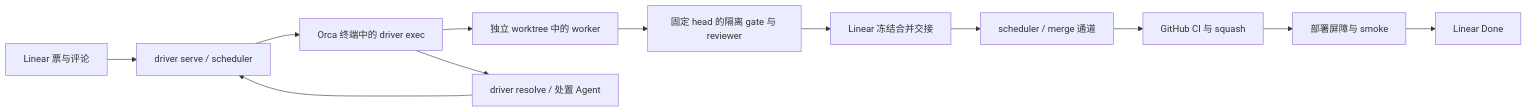
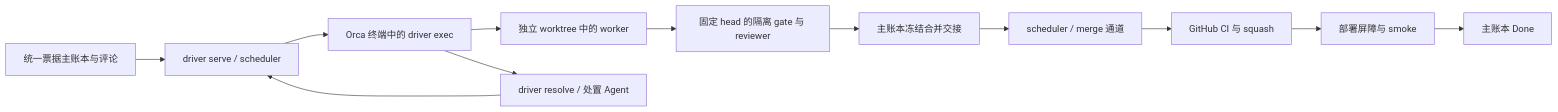
One commit to vmxmy/orca-factory changed the diagram in CLAUDE.md. Above: the diagram before and after it, drawn with Mermaid. The commit also changed other lines of this file and 92 other files, not shown here.

````diff
--- a/CLAUDE.md
+++ b/CLAUDE.md
@@ -37,14 +37,14 @@
 ```mermaid
 flowchart LR
-    L[Linear 票与评论] --> S[driver serve / scheduler]
+    L[统一票据主账本与评论] --> S[driver serve / scheduler]
     S --> E[Orca 终端中的 driver exec]
     E --> W[独立 worktree 中的 worker]
     W --> G[固定 head 的隔离 gate 与 reviewer]
-    G --> H[Linear 冻结合并交接]
+    G --> H[主账本冻结合并交接]
     H --> M[scheduler / merge 通道]
     M --> P[GitHub CI 与 squash]
     P --> D[部署屏障与 smoke]
-    D --> F[Linear Done]
+    D --> F[主账本 Done]
     E --> R[driver resolve / 处置 Agent]
     R --> S
 ```
````
